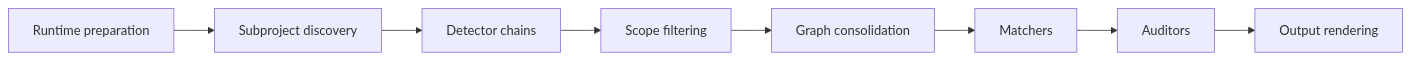
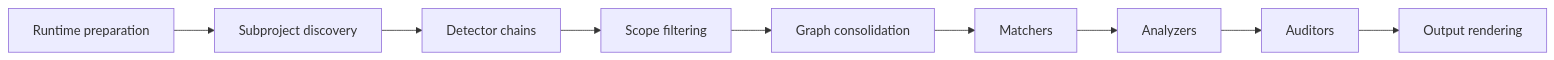
Before and after one commit to bomly-dev/bomly-cli: the second of 3 diagrams in docs/ARCHITECTURE.md, drawn with Mermaid. The commit also changed other lines of this file and 112 other files, not shown here.

````diff
--- a/docs/ARCHITECTURE.md
+++ b/docs/ARCHITECTURE.md
@@ -50,13 +50,14 @@
 ```mermaid
 flowchart LR
     A[Runtime preparation]
     B[Subproject discovery]
     C[Detector chains]
     D[Scope filtering]
     E[Graph consolidation]
     F[Matchers]
+    F2[Analyzers]
     G[Auditors]
     H[Output rendering]
 
-    A --> B --> C --> D --> E --> F --> G --> H
+    A --> B --> C --> D --> E --> F --> F2 --> G --> H
 ```
````
